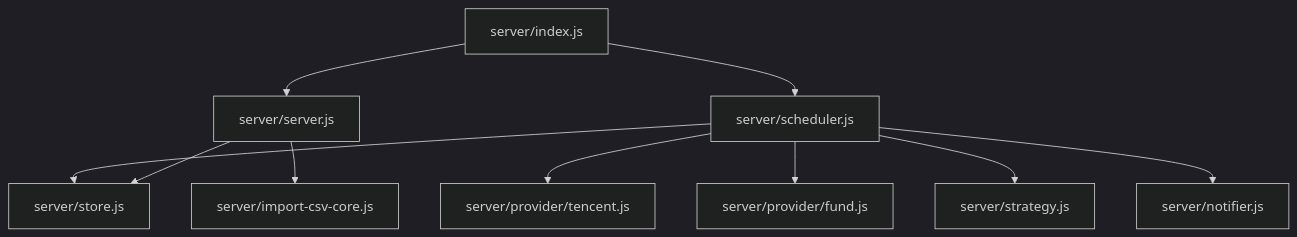
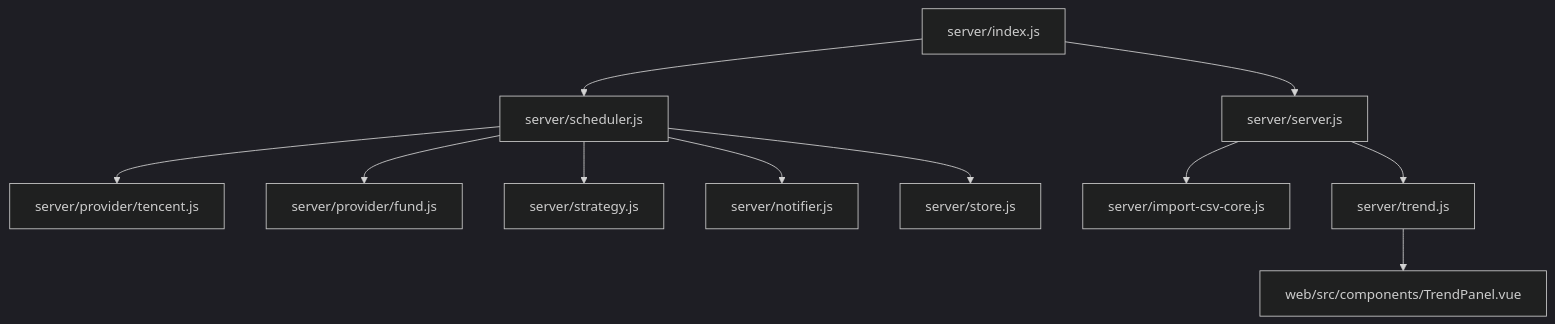
Before and after one commit to salenju/stock-advisor: the first of 8 diagrams in .qoder/repowiki/zh/content/行情数据集成/行情数据集成.md, drawn with Mermaid (dark theme). The commit also changed other lines of this file and 45 other files, not shown here.

````diff
--- a/.qoder/repowiki/zh/content/行情数据集成/行情数据集成.md
+++ b/.qoder/repowiki/zh/content/行情数据集成/行情数据集成.md
@@ -46,12 +58,13 @@
 ```mermaid
 graph TB
 A["server/index.js"] --> B["server/server.js"]
 A --> C["server/scheduler.js"]
 C --> D["server/provider/tencent.js"]
 C --> E["server/provider/fund.js"]
 C --> F["server/strategy.js"]
 C --> G["server/notifier.js"]
 C --> H["server/store.js"]
-B --> H
 B --> I["server/import-csv-core.js"]
+B --> J["server/trend.js"]
+J --> K["web/src/components/TrendPanel.vue"]
 ```
````
